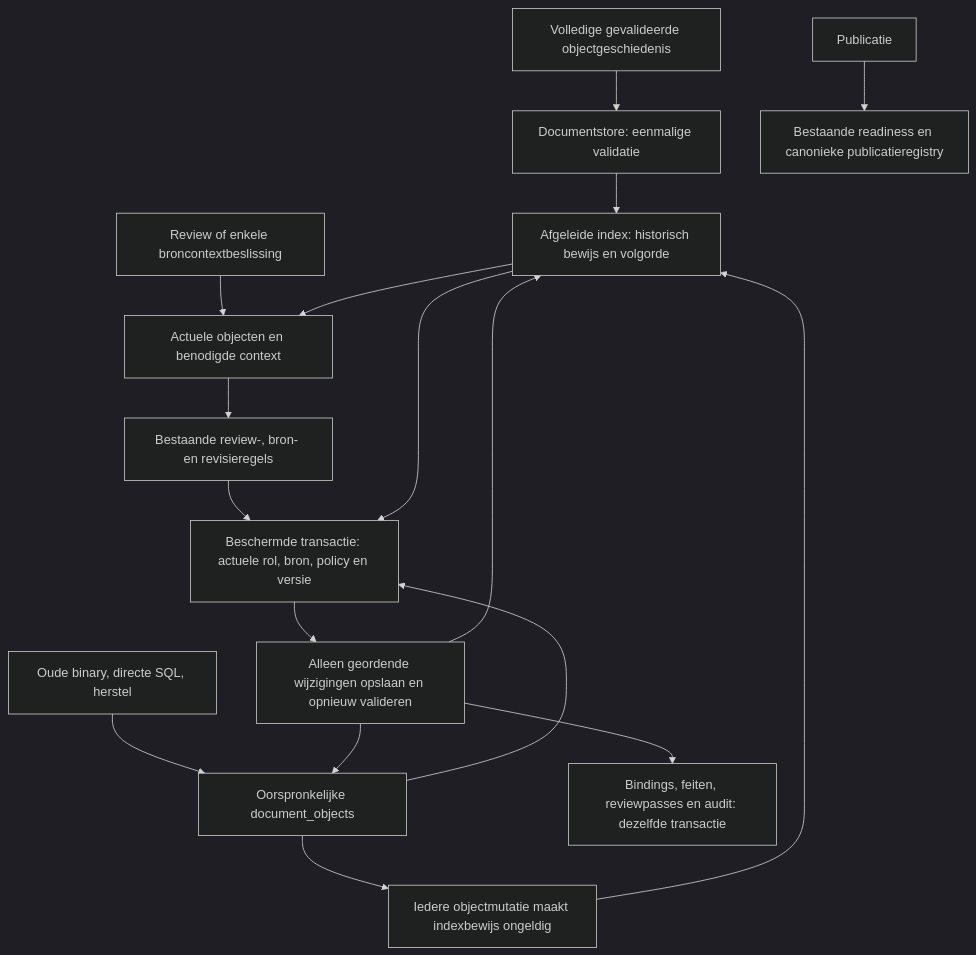
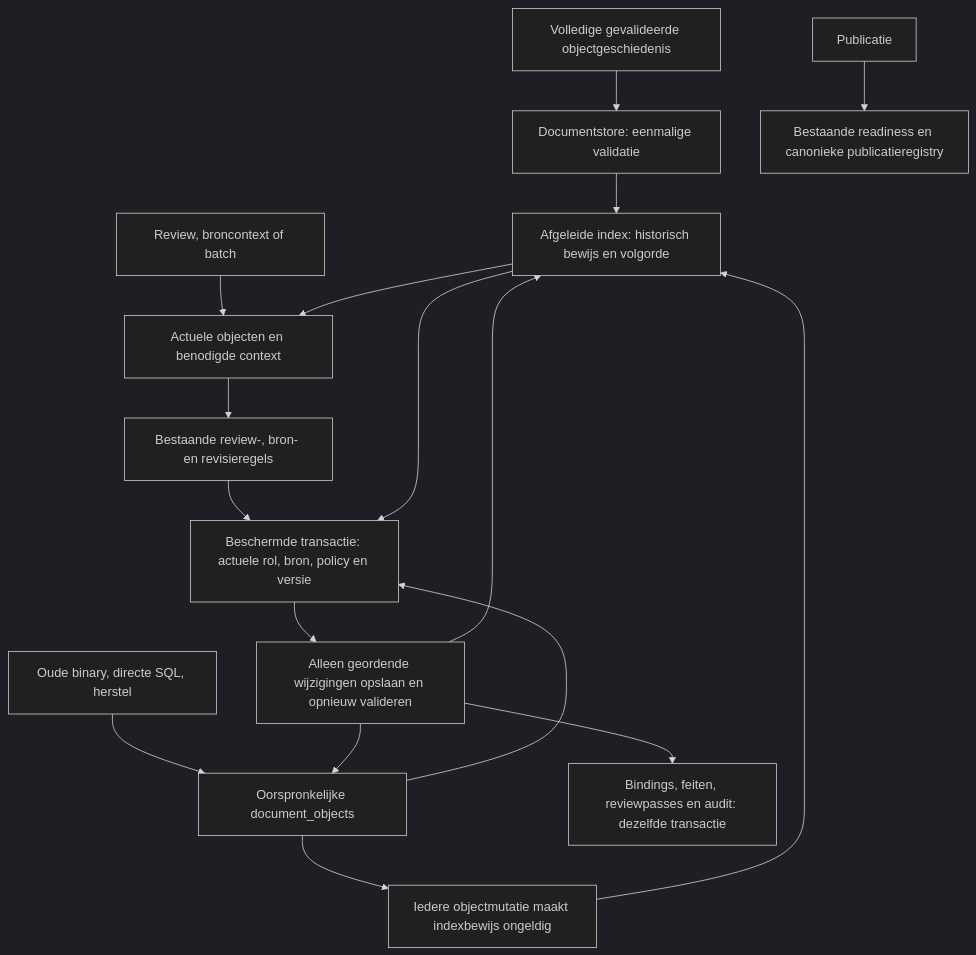
Before and after one commit to WilliamGomes41/Metis-DS: the diagram in docs/architecture/bounded-review-mutations-729.md, drawn with Mermaid (dark theme). The commit also changed other lines of this file and 31 other files, not shown here.

````diff
--- a/docs/architecture/bounded-review-mutations-729.md
+++ b/docs/architecture/bounded-review-mutations-729.md
@@ -7,19 +7,19 @@
 ```mermaid
 flowchart TD
     FULL[Volledige gevalideerde objectgeschiedenis] --> PREP[Documentstore: eenmalige validatie]
     PREP --> INDEX[Afgeleide index: historisch bewijs en volgorde]
     LEGACY[Oude binary, directe SQL, herstel] --> RAW[Oorspronkelijke document_objects]
     RAW --> TRIGGER[Iedere objectmutatie maakt indexbewijs ongeldig]
     TRIGGER --> INDEX
-    CMD[Review of enkele broncontextbeslissing] --> READ[Actuele objecten en benodigde context]
+    CMD[Review, broncontext of batch] --> READ[Actuele objecten en benodigde context]
     INDEX --> READ
     READ --> OWNER[Bestaande review-, bron- en revisieregels]
     OWNER --> TX[Beschermde transactie: actuele rol, bron, policy en versie]
     RAW --> TX
     INDEX --> TX
     TX --> DELTA[Alleen geordende wijzigingen opslaan en opnieuw valideren]
     DELTA --> RAW
     DELTA --> INDEX
     DELTA --> BIND[Bindings, feiten, reviewpasses en audit: dezelfde transactie]
     PUB[Publicatie] --> RELEASE[Bestaande readiness en canonieke publicatieregistry]
 ```
````
